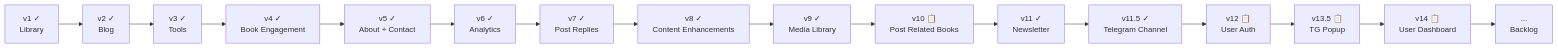
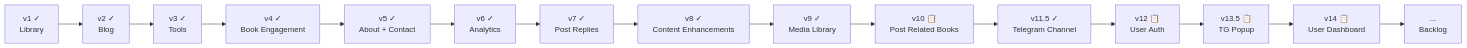
The diagram in docs/spec.md (milad128/petfeature), drawn with Mermaid before and after one commit. The commit also changed other lines of this file and 11 other files, not shown here.

````diff
--- a/docs/spec.md
+++ b/docs/spec.md
@@ -45,18 +45,17 @@
 ```mermaid
 flowchart LR
   v1["v1 ✓\nLibrary"] --> v2["v2 ✓\nBlog"]
   v2 --> v3["v3 ✓\nTools"]
   v3 --> v4["v4 ✓\nBook Engagement"]
   v4 --> v5["v5 ✓\nAbout + Contact"]
   v5 --> v6["v6 ✓\nAnalytics"]
   v6 --> v7["v7 ✓\nPost Replies"]
   v7 --> v8["v8 ✓\nContent Enhancements"]
   v8 --> v9["v9 ✓\nMedia Library"]
   v9 --> v10["v10 📋\nPost Related Books"]
-  v10 --> v11["v11 ✓\nNewsletter"]
-  v11 --> v11.5["v11.5 ✓\nTelegram Channel"]
+  v10 --> v11.5["v11.5 ✓\nTelegram Channel"]
   v11.5 --> v12["v12 📋\nUser Auth"]
   v12 --> v13.5["v13.5 📋\nTG Popup"]
   v13.5 --> v14["v14 📋\nUser Dashboard"]
   v14 --> vN["...\nBacklog"]
 ```
````
